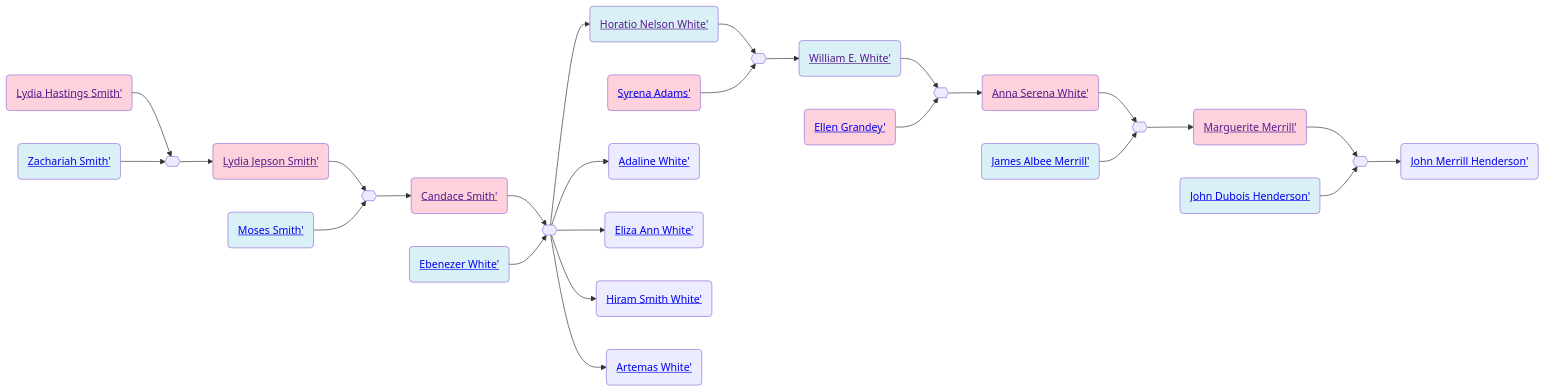
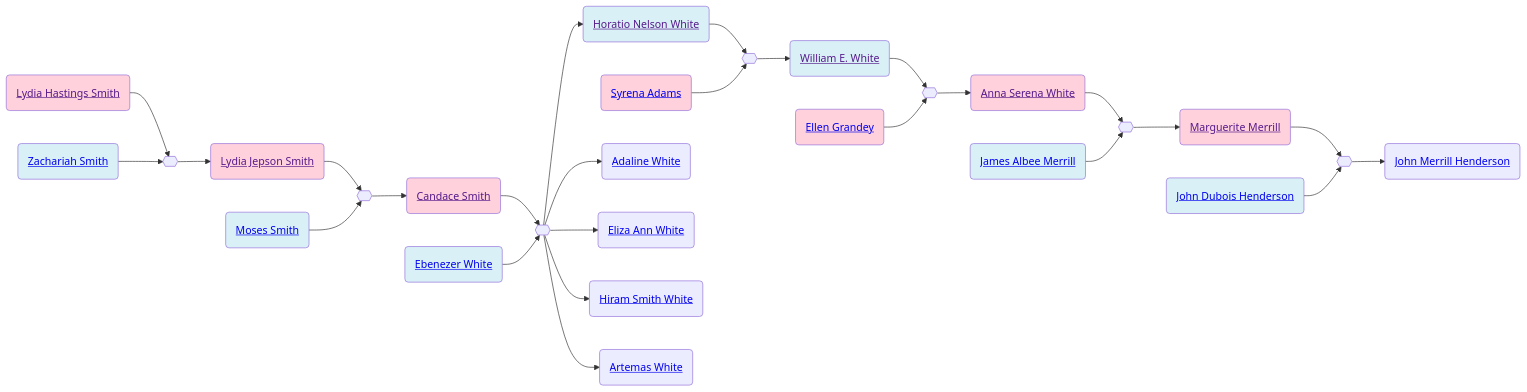
Before and after one commit to neelsmith/avocational: the diagram in familyhistory/sources/people/Merrill-line/White-line/Candace-Smith-line/Lydia_Hastings_Smith.qmd, drawn with Mermaid. The commit also changed 96 other files, not shown here.

````diff
--- a/familyhistory/sources/people/Merrill-line/White-line/Candace-Smith-line/Lydia_Hastings_Smith.qmd
+++ b/familyhistory/sources/people/Merrill-line/White-line/Candace-Smith-line/Lydia_Hastings_Smith.qmd
@@ -26,62 +26,62 @@
 ```{mermaid}
 graph LR
 %% LR descendant diagram
 class Lydia_Hastings_Smith_and_Zachariah_Smith marriage
-Lydia_Hastings_Smith(<a href=''>Lydia Hastings Smith'</>) --> Lydia_Hastings_Smith_and_Zachariah_Smith{{ }}
-Zachariah_Smith(<a href='./Zachariah_Smith.html'>Zachariah Smith'</>) --> Lydia_Hastings_Smith_and_Zachariah_Smith{{ }}
+Lydia_Hastings_Smith(<a href=''>Lydia Hastings Smith</a>) --> Lydia_Hastings_Smith_and_Zachariah_Smith{{ }}
+Zachariah_Smith(<a href='./Zachariah_Smith.html'>Zachariah Smith</a>) --> Lydia_Hastings_Smith_and_Zachariah_Smith{{ }}
 class Zachariah_Smith father
 class Lydia_Hastings_Smith mother
-Lydia_Hastings_Smith_and_Zachariah_Smith{{ }} --> Lydia_Jepson_Smith(<a href='./Lydia_Jepson_Smith.html'>Lydia Jepson Smith'</>)
+Lydia_Hastings_Smith_and_Zachariah_Smith{{ }} --> Lydia_Jepson_Smith(<a href='./Lydia_Jepson_Smith.html'>Lydia Jepson Smith</a>)
 class Lydia_Jepson_Smith_and_Moses_Smith marriage
-Lydia_Jepson_Smith(<a href=''>Lydia Jepson Smith'</>) --> Lydia_Jepson_Smith_and_Moses_Smith{{ }}
-Moses_Smith(<a href='./../../../Moses_Smith_connections/Moses_Smith.html'>Moses Smith'</>) --> Lydia_Jepson_Smith_and_Moses_Smith{{ }}
+Lydia_Jepson_Smith(<a href=''>Lydia Jepson Smith</a>) --> Lydia_Jepson_Smith_and_Moses_Smith{{ }}
+Moses_Smith(<a href='./../../../Moses_Smith_connections/Moses_Smith.html'>Moses Smith</a>) --> Lydia_Jepson_Smith_and_Moses_Smith{{ }}
 class Moses_Smith father
 class Lydia_Jepson_Smith mother
-Lydia_Jepson_Smith_and_Moses_Smith{{ }} --> Candace_Smith(<a href='./Candace_Smith.html'>Candace Smith'</>)
+Lydia_Jepson_Smith_and_Moses_Smith{{ }} --> Candace_Smith(<a href='./Candace_Smith.html'>Candace Smith</a>)
 class Candace_Smith_and_Ebenezer_White marriage
-Candace_Smith(<a href=''>Candace Smith'</>) --> Candace_Smith_and_Ebenezer_White{{ }}
-Ebenezer_White(<a href='./../Ebenezer_White.html'>Ebenezer White'</>) --> Candace_Smith_and_Ebenezer_White{{ }}
+Candace_Smith(<a href=''>Candace Smith</a>) --> Candace_Smith_and_Ebenezer_White{{ }}
+Ebenezer_White(<a href='./../Ebenezer_White.html'>Ebenezer White</a>) --> Candace_Smith_and_Ebenezer_White{{ }}
 class Ebenezer_White father
 class Candace_Smith mother
-Candace_Smith_and_Ebenezer_White{{ }} --> Horatio_Nelson_White(<a href='./../Horatio_Nelson_White.html'>Horatio Nelson White'</>)
+Candace_Smith_and_Ebenezer_White{{ }} --> Horatio_Nelson_White(<a href='./../Horatio_Nelson_White.html'>Horatio Nelson White</a>)
 class Horatio_Nelson_White_and_Syrena_Adams marriage
-Horatio_Nelson_White(<a href=''>Horatio Nelson White'</>) --> Horatio_Nelson_White_and_Syrena_Adams{{ }}
-Syrena_Adams(<a href='./Syrena_Adams.html'>Syrena Adams'</>) --> Horatio_Nelson_White_and_Syrena_Adams{{ }}
+Horatio_Nelson_White(<a href=''>Horatio Nelson White</a>) --> Horatio_Nelson_White_and_Syrena_Adams{{ }}
+Syrena_Adams(<a href='./Syrena_Adams.html'>Syrena Adams</a>) --> Horatio_Nelson_White_and_Syrena_Adams{{ }}
 class Horatio_Nelson_White father
 class Syrena_Adams mother
-Horatio_Nelson_White_and_Syrena_Adams{{ }} --> William_E._White(<a href='./William_E._White.html'>William E. White'</>)
+Horatio_Nelson_White_and_Syrena_Adams{{ }} --> William_E._White(<a href='./William_E._White.html'>William E. White</a>)
 class William_E._White_and_Ellen_Grandey marriage
-William_E._White(<a href=''>William E. White'</>) --> William_E._White_and_Ellen_Grandey{{ }}
-Ellen_Grandey(<a href='./../Grandey-line/Ellen_Grandey.html'>Ellen Grandey'</>) --> William_E._White_and_Ellen_Grandey{{ }}
+William_E._White(<a href=''>William E. White</a>) --> William_E._White_and_Ellen_Grandey{{ }}
+Ellen_Grandey(<a href='./../Grandey-line/Ellen_Grandey.html'>Ellen Grandey</a>) --> William_E._White_and_Ellen_Grandey{{ }}
 class William_E._White father
 class Ellen_Grandey mother
-William_E._White_and_Ellen_Grandey{{ }} --> Anna_Serena_White(<a href='./Anna_Serena_White.html'>Anna Serena White'</>)
+William_E._White_and_Ellen_Grandey{{ }} --> Anna_Serena_White(<a href='./Anna_Serena_White.html'>Anna Serena White</a>)
 class Anna_Serena_White_and_James_Albee_Merrill marriage
-Anna_Serena_White(<a href=''>Anna Serena White'</>) --> Anna_Serena_White_and_James_Albee_Merrill{{ }}
-James_Albee_Merrill(<a href='./../James_Albee_Merrill.html'>James Albee Merrill'</>) --> Anna_Serena_White_and_James_Albee_Merrill{{ }}
+Anna_Serena_White(<a href=''>Anna Serena White</a>) --> Anna_Serena_White_and_James_Albee_Merrill{{ }}
+James_Albee_Merrill(<a href='./../James_Albee_Merrill.html'>James Albee Merrill</a>) --> Anna_Serena_White_and_James_Albee_Merrill{{ }}
 class James_Albee_Merrill father
 class Anna_Serena_White mother
-Anna_Serena_White_and_James_Albee_Merrill{{ }} --> Marguerite_Merrill(<a href='./../Marguerite_Merrill.html'>Marguerite Merrill'</>)
+Anna_Serena_White_and_James_Albee_Merrill{{ }} --> Marguerite_Merrill(<a href='./../Marguerite_Merrill.html'>Marguerite Merrill</a>)
 class Marguerite_Merrill_and_John_Dubois_Henderson marriage
-Marguerite_Merrill(<a href=''>Marguerite Merrill'</>) --> Marguerite_Merrill_and_John_Dubois_Henderson{{ }}
-John_Dubois_Henderson(<a href='./../Henderson-line/John_Dubois_Henderson.html'>John Dubois Henderson'</>) --> Marguerite_Merrill_and_John_Dubois_Henderson{{ }}
+Marguerite_Merrill(<a href=''>Marguerite Merrill</a>) --> Marguerite_Merrill_and_John_Dubois_Henderson{{ }}
+John_Dubois_Henderson(<a href='./../Henderson-line/John_Dubois_Henderson.html'>John Dubois Henderson</a>) --> Marguerite_Merrill_and_John_Dubois_Henderson{{ }}
 class John_Dubois_Henderson father
 class Marguerite_Merrill mother
-Marguerite_Merrill_and_John_Dubois_Henderson{{ }} --> John_Merrill_Henderson(<a href='./../Henderson-line/John_Merrill_Henderson.html'>John Merrill Henderson'</>)
+Marguerite_Merrill_and_John_Dubois_Henderson{{ }} --> John_Merrill_Henderson(<a href='./../Henderson-line/John_Merrill_Henderson.html'>John Merrill Henderson</a>)
 class Ebenezer_White father
 class Candace_Smith mother
-Candace_Smith_and_Ebenezer_White{{ }} --> Adaline_White(<a href='./../Adaline_White.html'>Adaline White'</>)
+Candace_Smith_and_Ebenezer_White{{ }} --> Adaline_White(<a href='./../Adaline_White.html'>Adaline White</a>)
 class Ebenezer_White father
 class Candace_Smith mother
-Candace_Smith_and_Ebenezer_White{{ }} --> Eliza_Ann_White(<a href='./../Eliza_Ann_White.html'>Eliza Ann White'</>)
+Candace_Smith_and_Ebenezer_White{{ }} --> Eliza_Ann_White(<a href='./../Eliza_Ann_White.html'>Eliza Ann White</a>)
 class Ebenezer_White father
 class Candace_Smith mother
-Candace_Smith_and_Ebenezer_White{{ }} --> Hiram_Smith_White(<a href='./../Hiram_Smith_White.html'>Hiram Smith White'</>)
+Candace_Smith_and_Ebenezer_White{{ }} --> Hiram_Smith_White(<a href='./../Hiram_Smith_White.html'>Hiram Smith White</a>)
 class Ebenezer_White father
 class Candace_Smith mother
-Candace_Smith_and_Ebenezer_White{{ }} --> Artemas_White(<a href='./../Artemas_White.html'>Artemas White'</>)
+Candace_Smith_and_Ebenezer_White{{ }} --> Artemas_White(<a href='./../Artemas_White.html'>Artemas White</a>)
 classDef mother fill:#ffd1dc
 classDef father fill:#daf0f7  
 classDef marriage fill:#ffffff
 
 ```
````
